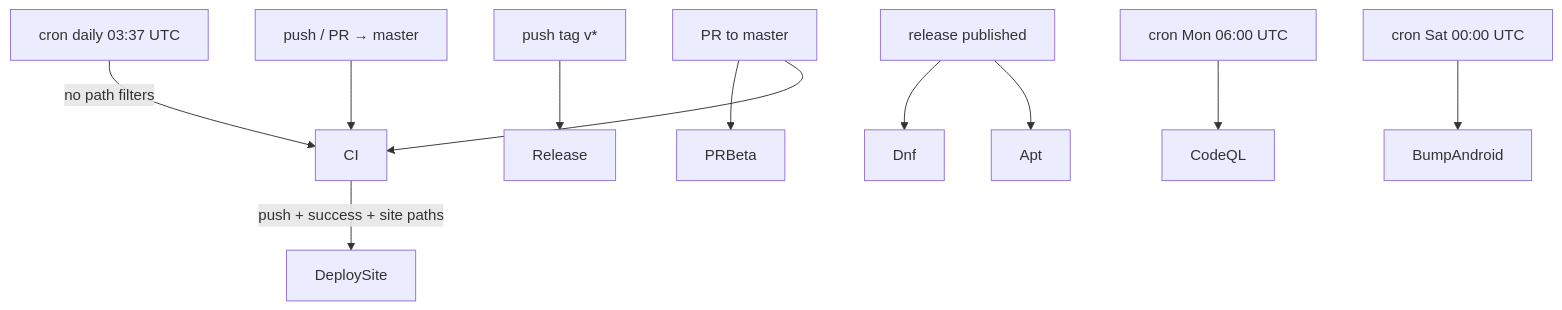
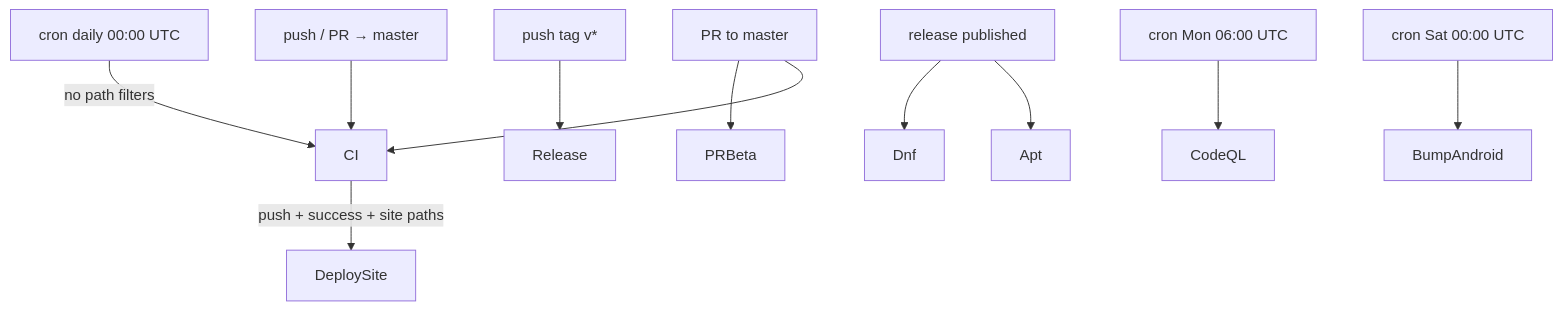
Before and after one commit to themadorg/bedrud: the first of 4 diagrams in docs/developer/ci.md, drawn with Mermaid. The commit also changed other lines of this file and 1 other file, not shown here.

````diff
--- a/docs/developer/ci.md
+++ b/docs/developer/ci.md
@@ -9,20 +9,20 @@
 ```mermaid
 flowchart TB
   push["push / PR → master"]
   tag["push tag v*"]
   cronQ["cron Mon 06:00 UTC"]
   cronS["cron Sat 00:00 UTC"]
-  cronCI["cron daily 03:37 UTC"]
+  cronCI["cron daily 00:00 UTC"]
   relPub["release published"]
 
   push --> CI
   cronCI -->|no path filters| CI
   CI -->|push + success + site paths| DeploySite
   tag --> Release
   relPub --> Apt
   relPub --> Dnf
   cronQ --> CodeQL
   cronS --> BumpAndroid
   PR["PR to master"] --> CI
   PR --> PRBeta
 ```
````
